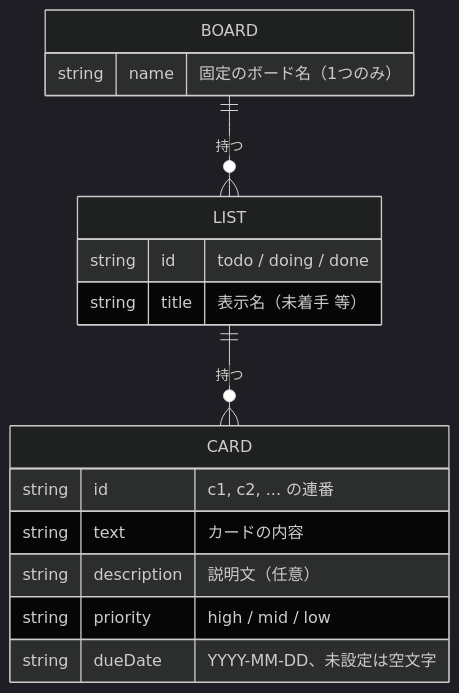
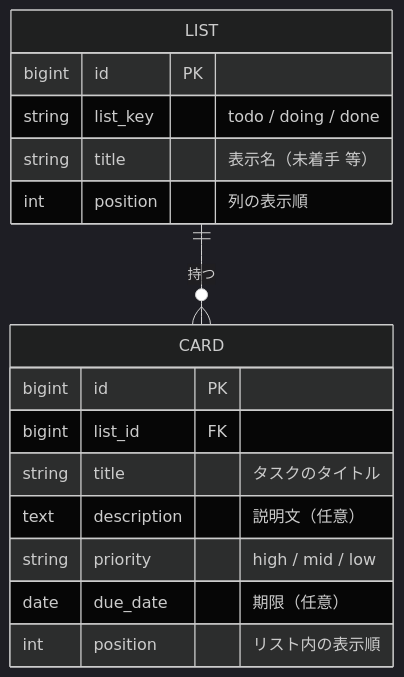
The diagram in docs/データベース設計.md (ibubu7777777-ux/TaskManagement), drawn with Mermaid (dark theme) before and after one commit. The commit also changed other lines of this file and 3 other files, not shown here.

````diff
--- a/docs/データベース設計.md
+++ b/docs/データベース設計.md
@@ -42,20 +35,20 @@
 ```mermaid
 erDiagram
-    BOARD ||--o{ LIST : "持つ"
     LIST ||--o{ CARD : "持つ"
 
-    BOARD {
-        string name "固定のボード名（1つのみ）"
-    }
     LIST {
-        string id "todo / doing / done"
+        bigint id PK
+        string list_key "todo / doing / done"
         string title "表示名（未着手 等）"
+        int position "列の表示順"
     }
     CARD {
-        string id "c1, c2, ... の連番"
-        string text "カードの内容"
-        string description "説明文（任意）"
+        bigint id PK
+        bigint list_id FK
+        string title "タスクのタイトル"
+        text description "説明文（任意）"
         string priority "high / mid / low"
-        string dueDate "YYYY-MM-DD、未設定は空文字"
+        date due_date "期限（任意）"
+        int position "リスト内の表示順"
     }
 ```
````
